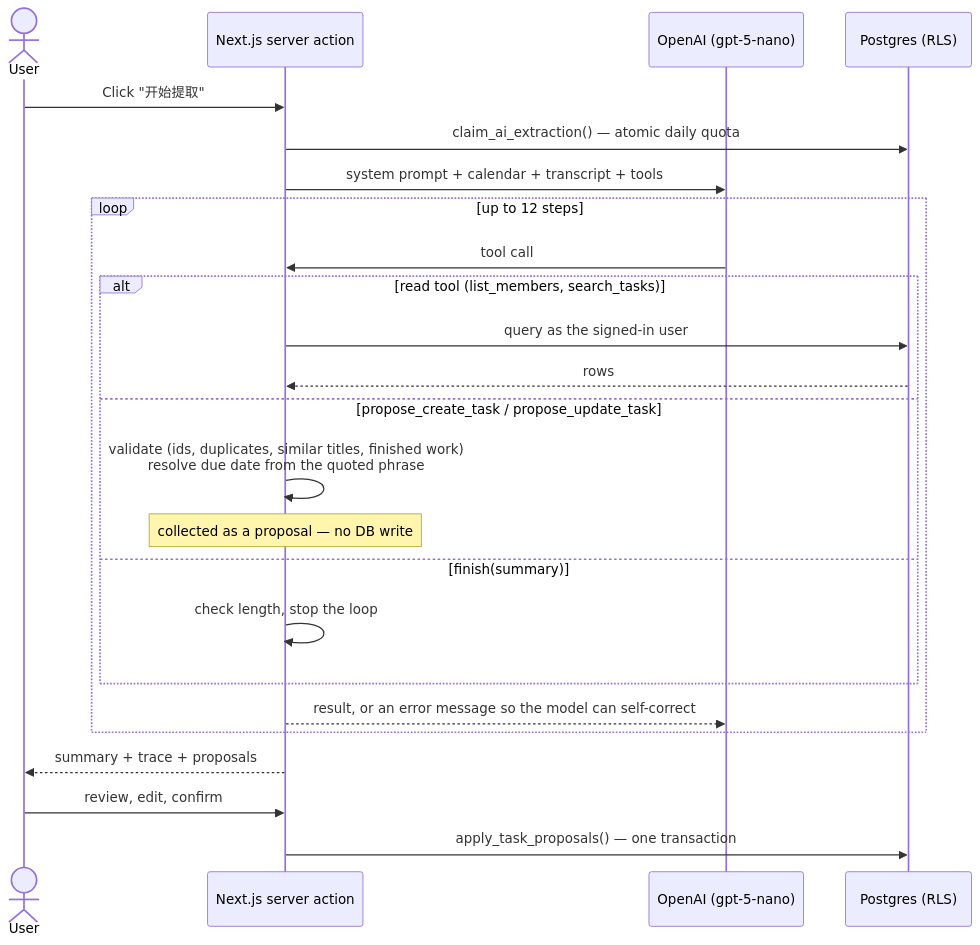
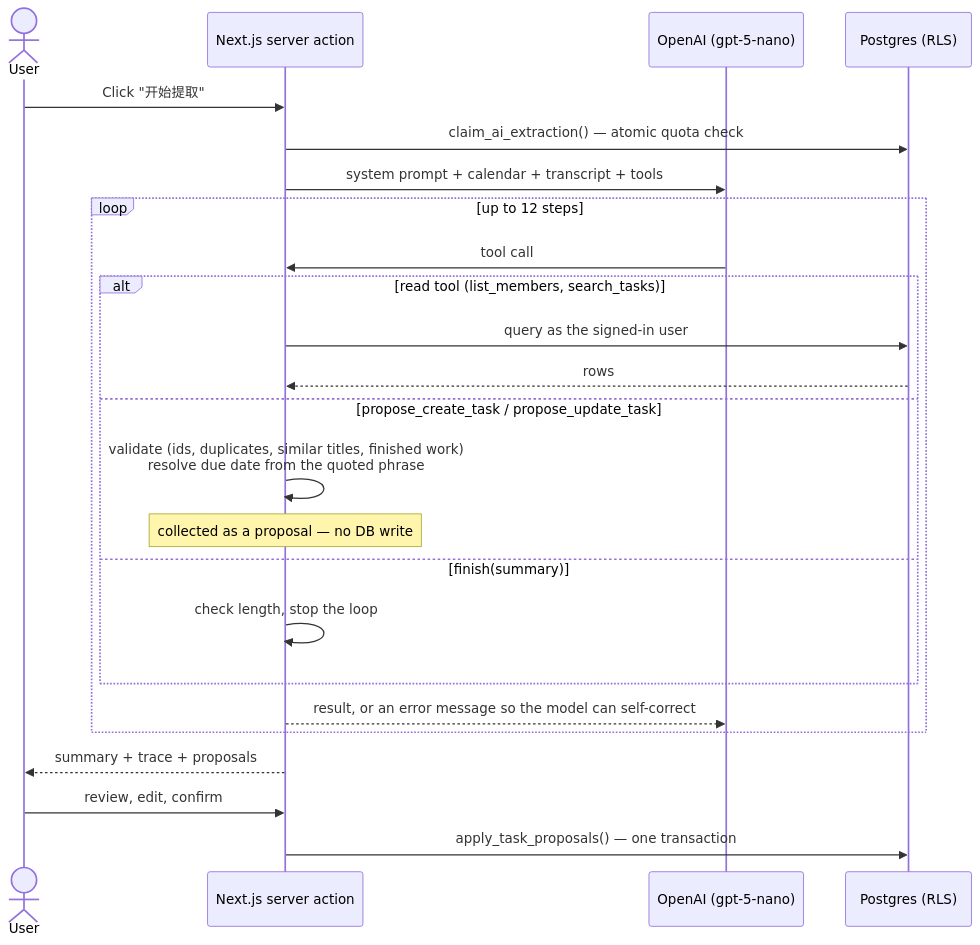
One commit to MARCHTOWNE/Meeting-Task changed the first of 2 diagrams in README.en.md. Above: the diagram before and after it, drawn with Mermaid. The commit also changed other lines of this file and 10 other files, not shown here.

````diff
--- a/README.en.md
+++ b/README.en.md
@@ -35,27 +35,27 @@
 ```mermaid
 sequenceDiagram
     actor User
     participant App as Next.js server action
     participant LLM as OpenAI (gpt-5-nano)
     participant DB as Postgres (RLS)
 
     User->>App: Click "开始提取"
-    App->>DB: claim_ai_extraction() — atomic daily quota
+    App->>DB: claim_ai_extraction() — atomic quota check
     App->>LLM: system prompt + calendar + transcript + tools
     loop up to 12 steps
         LLM->>App: tool call
         alt read tool (list_members, search_tasks)
             App->>DB: query as the signed-in user
             DB-->>App: rows
         else propose_create_task / propose_update_task
             App->>App: validate (ids, duplicates, similar titles, finished work)<br/>resolve due date from the quoted phrase
             Note over App: collected as a proposal — no DB write
         else finish(summary)
             App->>App: check length, stop the loop
         end
         App-->>LLM: result, or an error message so the model can self-correct
     end
     App-->>User: summary + trace + proposals
     User->>App: review, edit, confirm
     App->>DB: apply_task_proposals() — one transaction
 ```
````
